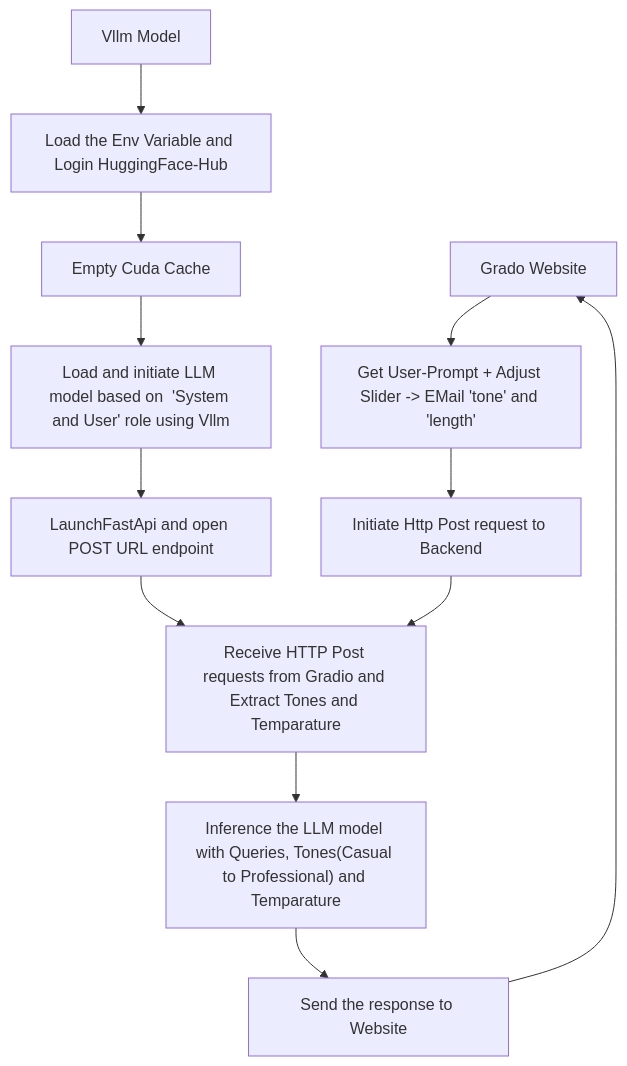
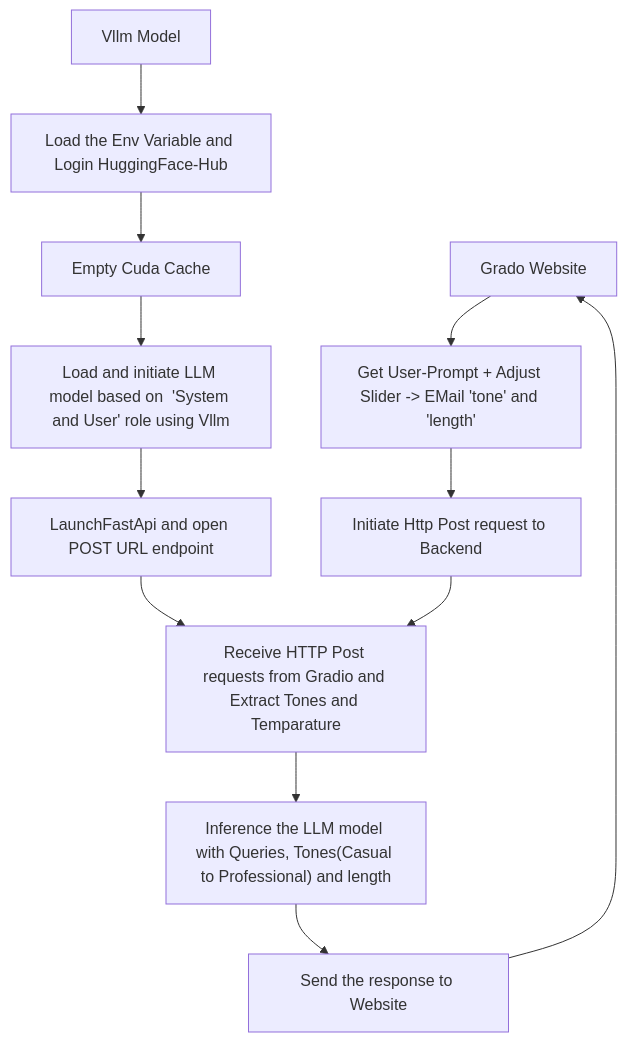
Before and after one commit to NiazMahmud2001/VLLM-Email-Writer: the diagram in README.md, drawn with Mermaid.

````diff
--- a/README.md
+++ b/README.md
@@ -77,18 +77,18 @@
 ```mermaid
 graph TD
     A["Grado Website"]
     A --> B["Get User-Prompt + Adjust Slider -> EMail 'tone' and 'length'"]
     B --> C["Initiate Http Post request to Backend"]
 
     D["Vllm Model"]
     D --> E["Load the Env Variable and Login HuggingFace-Hub"]
     E --> F["Empty Cuda Cache"]
     F --> G["Load and initiate LLM model based on  'System and User' role using Vllm"]
     G --> H["LaunchFastApi and open POST URL endpoint"]      
     H --> I["Receive HTTP Post requests from Gradio and Extract Tones and Temparature"]
     C --> I
 
-    I --> J["Inference the LLM model with Queries, Tones(Casual to Professional) and Temparature"]
+    I --> J["Inference the LLM model with Queries, Tones(Casual to Professional) and length"]
     J --> K["Send the response to Website"]
     K --> A
 ```
````
